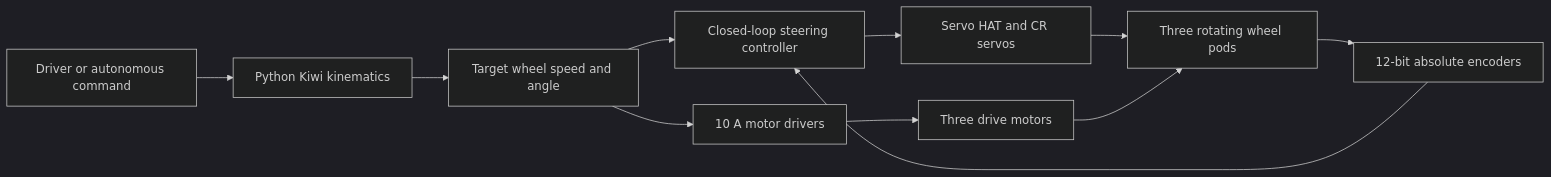
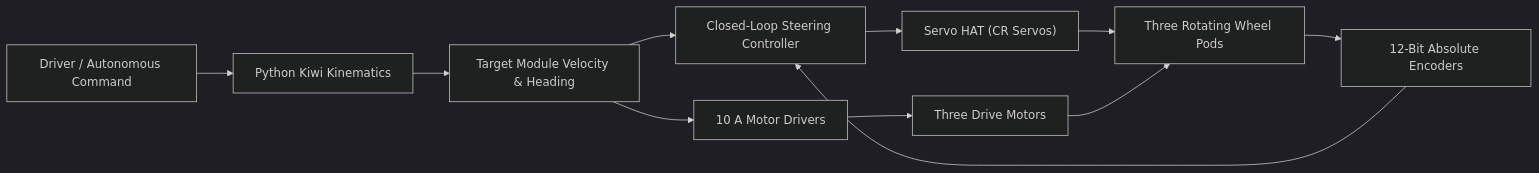
Before and after one commit to AloeVeraZ/Dorito-Swerve: the diagram in README.md, drawn with Mermaid (dark theme). The commit also changed other lines of this file, not shown here.

````diff
--- a/README.md
+++ b/README.md
@@ -75,13 +51,13 @@
 ```mermaid
 flowchart LR
-    A["Driver or autonomous command"] --> B["Python Kiwi kinematics"]
-    B --> C["Target wheel speed and angle"]
-    C --> D["Closed-loop steering controller"]
-    E["12-bit absolute encoders"] --> D
-    D --> F["Servo HAT and CR servos"]
-    C --> G["10 A motor drivers"]
-    G --> H["Three drive motors"]
-    F --> I["Three rotating wheel pods"]
+    A["Driver / Autonomous Command"] --> B["Python Kiwi Kinematics"]
+    B --> C["Target Module Velocity & Heading"]
+    C --> D["Closed-Loop Steering Controller"]
+    E["12-Bit Absolute Encoders"] --> D
+    D --> F["Servo HAT (CR Servos)"]
+    C --> G["10 A Motor Drivers"]
+    G --> H["Three Drive Motors"]
+    F --> I["Three Rotating Wheel Pods"]
     H --> I
     I --> E
 ```
````
